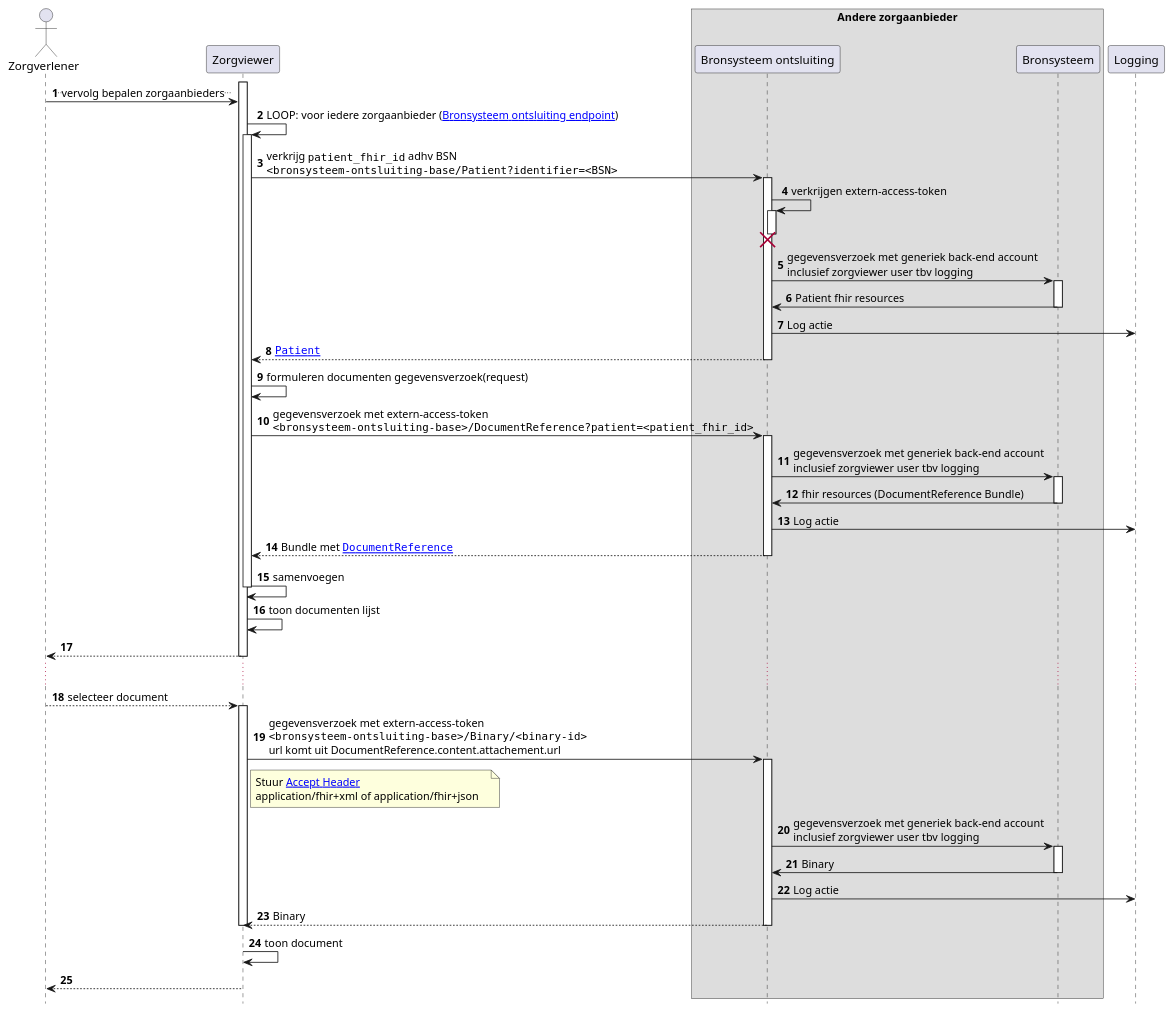
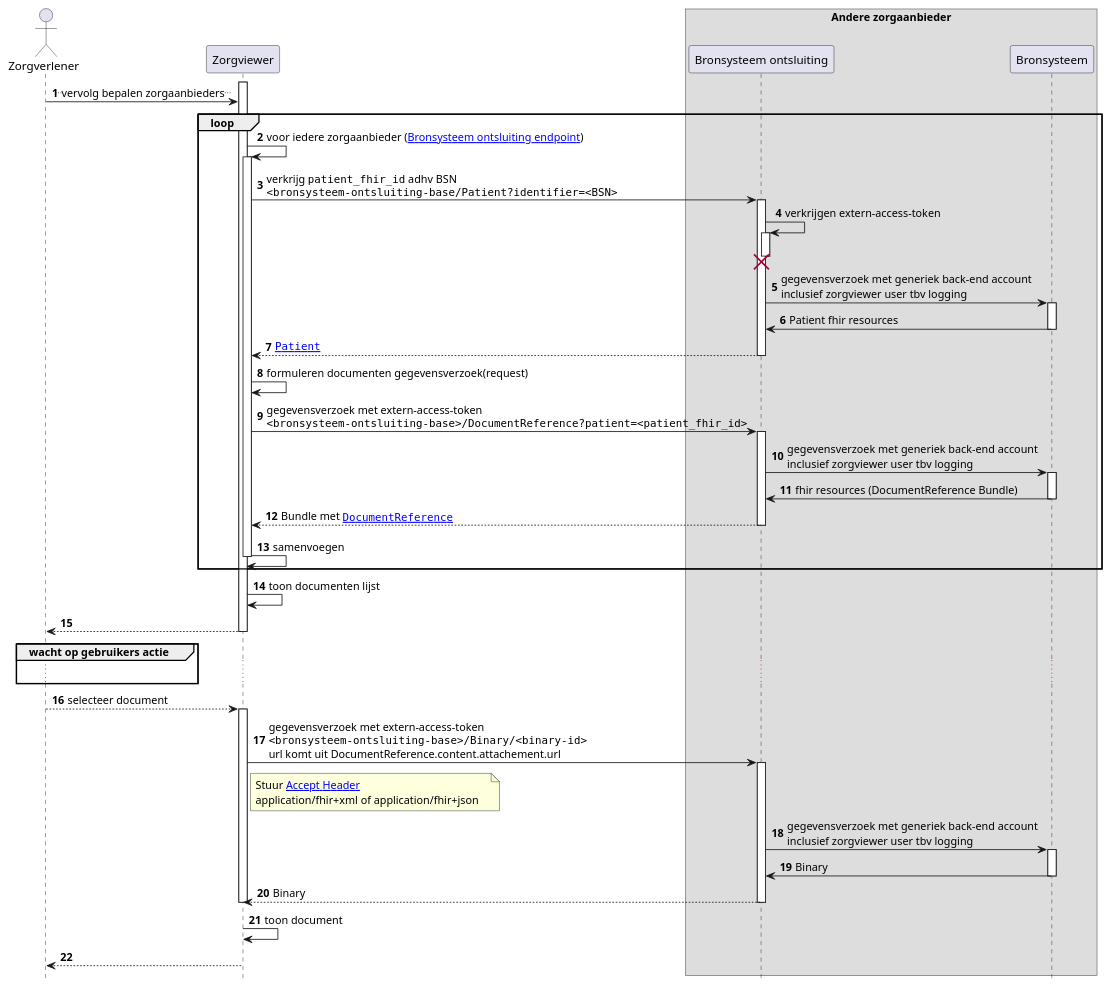
One commit to RIVO-Noord/zorgviewer-ig changed the diagram in input/images-source/Zorgviewer-seq-4.plantuml. Above: the diagram before and after it, drawn with PlantUML. The commit also changed 1 other file, not shown here.

```diff
--- a/input/images-source/Zorgviewer-seq-4.plantuml
+++ b/input/images-source/Zorgviewer-seq-4.plantuml
@@ -1,63 +1,64 @@
 @startuml
 hide footbox
 autonumber
 
 actor Zorgverlener
 participant Zorgviewer
 box "Andere zorgaanbieder"
 participant "Bronsysteem ontsluiting" as Bron
 participant Bronsysteem
 end box
 
 activate Zorgviewer
 Zorgverlener->Zorgviewer: ..vervolg bepalen zorgaanbieders..
-Zorgviewer->Zorgviewer: LOOP: voor iedere zorgaanbieder ([[Endpoint-UMCG.html Bronsysteem ontsluiting endpoint]])
-activate Zorgviewer
-Zorgviewer->Bron : verkrijg ""patient_fhir_id"" adhv BSN\n""<bronsysteem-ontsluiting-base/Patient?identifier=<BSN>""
-activate Bron
-Bron->Bron++ : verkrijgen extern-access-token
-destroy Bron
-Bron->Bronsysteem : gegevensverzoek met generiek back-end account\ninclusief zorgviewer user tbv logging
-activate Bronsysteem
-Bronsysteem->Bron: Patient fhir resources
-deactivate Bronsysteem
-Bron->Logging : Log actie
-Bron-->Zorgviewer : ""[[StructureDefinition-Patient.html Patient]]""
-deactivate Bron
-Zorgviewer->Zorgviewer: formuleren documenten gegevensverzoek(request)
-Zorgviewer->Bron: gegevensverzoek met extern-access-token\n""<bronsysteem-ontsluiting-base>/DocumentReference?patient=<patient_fhir_id>""
-activate Bron
-Bron->Bronsysteem : gegevensverzoek met generiek back-end account\ninclusief zorgviewer user tbv logging
-activate Bronsysteem
-Bronsysteem->Bron: fhir resources (DocumentReference Bundle)
-deactivate Bronsysteem
-Bron->Logging : Log actie
-Bron-->Zorgviewer: Bundle met ""[[StructureDefinition-DocumentReference.html DocumentReference]]""
-deactivate Bron
-Zorgviewer->Zorgviewer: samenvoegen
-deactivate Zorgviewer
+loop
+    Zorgviewer->Zorgviewer: voor iedere zorgaanbieder ([[Endpoint-UMCG.html Bronsysteem ontsluiting endpoint]])
+    activate Zorgviewer
+    Zorgviewer->Bron : verkrijg ""patient_fhir_id"" adhv BSN\n""<bronsysteem-ontsluiting-base/Patient?identifier=<BSN>""
+    activate Bron
+    Bron->Bron++ : verkrijgen extern-access-token
+    destroy Bron
+    Bron->Bronsysteem : gegevensverzoek met generiek back-end account\ninclusief zorgviewer user tbv logging
+    activate Bronsysteem
+    Bronsysteem->Bron: Patient fhir resources
+    deactivate Bronsysteem
+    Bron-->Zorgviewer : ""[[StructureDefinition-Patient.html Patient]]""
+    deactivate Bron
+    Zorgviewer->Zorgviewer: formuleren documenten gegevensverzoek(request)
+    Zorgviewer->Bron: gegevensverzoek met extern-access-token\n""<bronsysteem-ontsluiting-base>/DocumentReference?patient=<patient_fhir_id>""
+    activate Bron
+    Bron->Bronsysteem : gegevensverzoek met generiek back-end account\ninclusief zorgviewer user tbv logging
+    activate Bronsysteem
+    Bronsysteem->Bron: fhir resources (DocumentReference Bundle)
+    deactivate Bronsysteem
+    Bron-->Zorgviewer: Bundle met ""[[StructureDefinition-DocumentReference.html DocumentReference]]""
+    deactivate Bron
+    Zorgviewer->Zorgviewer: samenvoegen
+    deactivate Zorgviewer
+end
 Zorgviewer->Zorgviewer: toon documenten lijst
 Zorgviewer-->Zorgverlener
 deactivate Zorgviewer
+group wacht op gebruikers actie
 ...
+end
 Zorgverlener-->Zorgviewer: selecteer document
 activate Zorgviewer
 Zorgviewer->Bron: gegevensverzoek met extern-access-token\n""<bronsysteem-ontsluiting-base>/Binary/<binary-id>""\nurl komt uit DocumentReference.content.attachement.url
 note right Zorgviewer
     Stuur [[http://hl7.org/fhir/STU3/binary.html#rest Accept Header]]
     application/fhir+xml of application/fhir+json   
 end note
 activate Bron
 Bron->Bronsysteem : gegevensverzoek met generiek back-end account\ninclusief zorgviewer user tbv logging
 activate Bronsysteem
 Bronsysteem->Bron: Binary
 deactivate Bronsysteem
-Bron->Logging : Log actie
 Bron-->Zorgviewer: Binary
 deactivate Bron
 deactivate Zorgviewer
 Zorgviewer->Zorgviewer: toon document
 Zorgviewer-->Zorgverlener
 deactivate Zorgviewer
 
 @enduml
```
